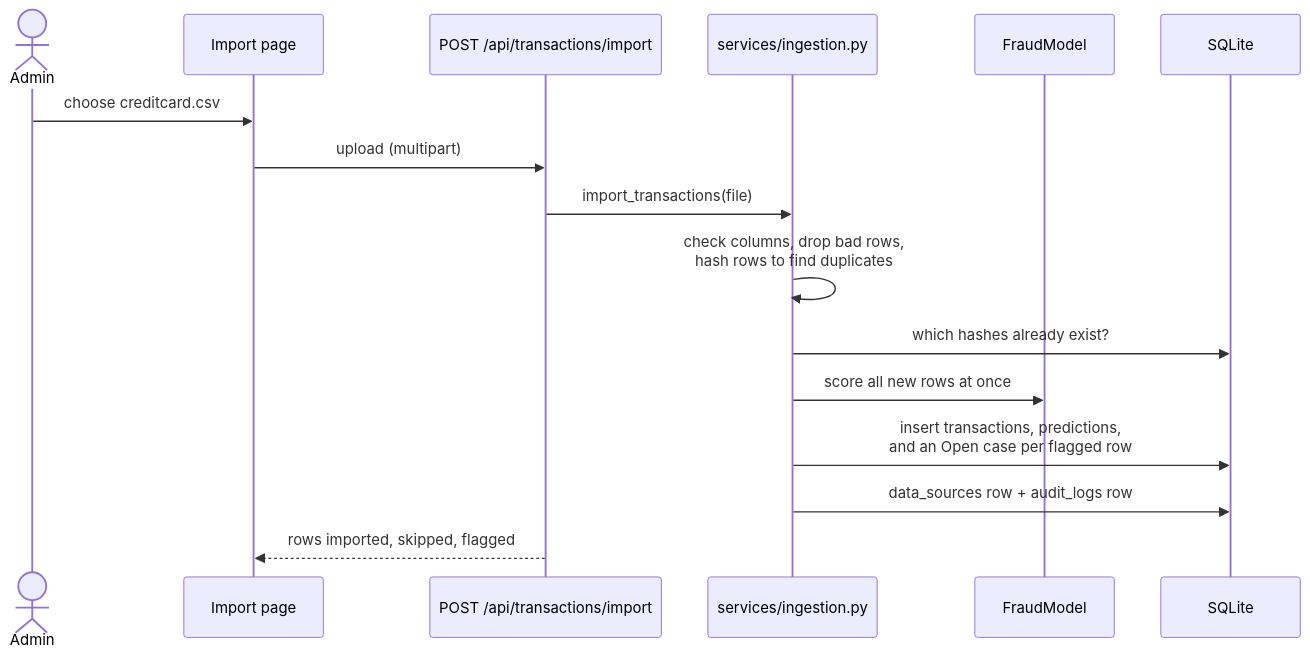
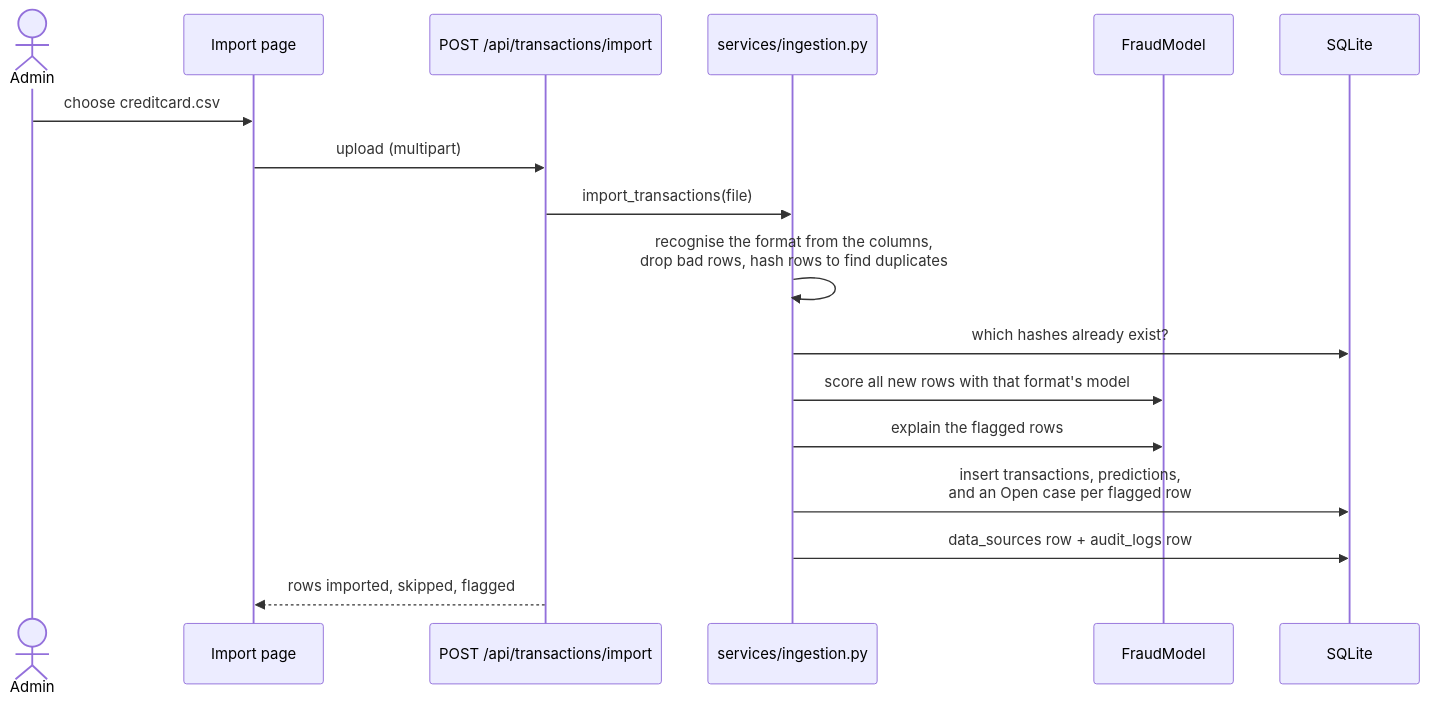
Before and after one commit to Im-manojkumar/Secure-Bank: the second of 3 diagrams in docs/ARCHITECTURE.md, drawn with Mermaid. The commit also changed other lines of this file and 53 other files, not shown here.

````diff
--- a/docs/ARCHITECTURE.md
+++ b/docs/ARCHITECTURE.md
@@ -42,19 +42,20 @@
 ```mermaid
 sequenceDiagram
     actor Admin
     participant Page as Import page
     participant API as POST /api/transactions/import
     participant Ingest as services/ingestion.py
     participant Model as FraudModel
     participant DB as SQLite
 
     Admin->>Page: choose creditcard.csv
     Page->>API: upload (multipart)
     API->>Ingest: import_transactions(file)
-    Ingest->>Ingest: check columns, drop bad rows,<br/>hash rows to find duplicates
+    Ingest->>Ingest: recognise the format from the columns,<br/>drop bad rows, hash rows to find duplicates
     Ingest->>DB: which hashes already exist?
-    Ingest->>Model: score all new rows at once
+    Ingest->>Model: score all new rows with that format's model
+    Ingest->>Model: explain the flagged rows
     Ingest->>DB: insert transactions, predictions,<br/>and an Open case per flagged row
     Ingest->>DB: data_sources row + audit_logs row
     API-->>Page: rows imported, skipped, flagged
 ```
````
